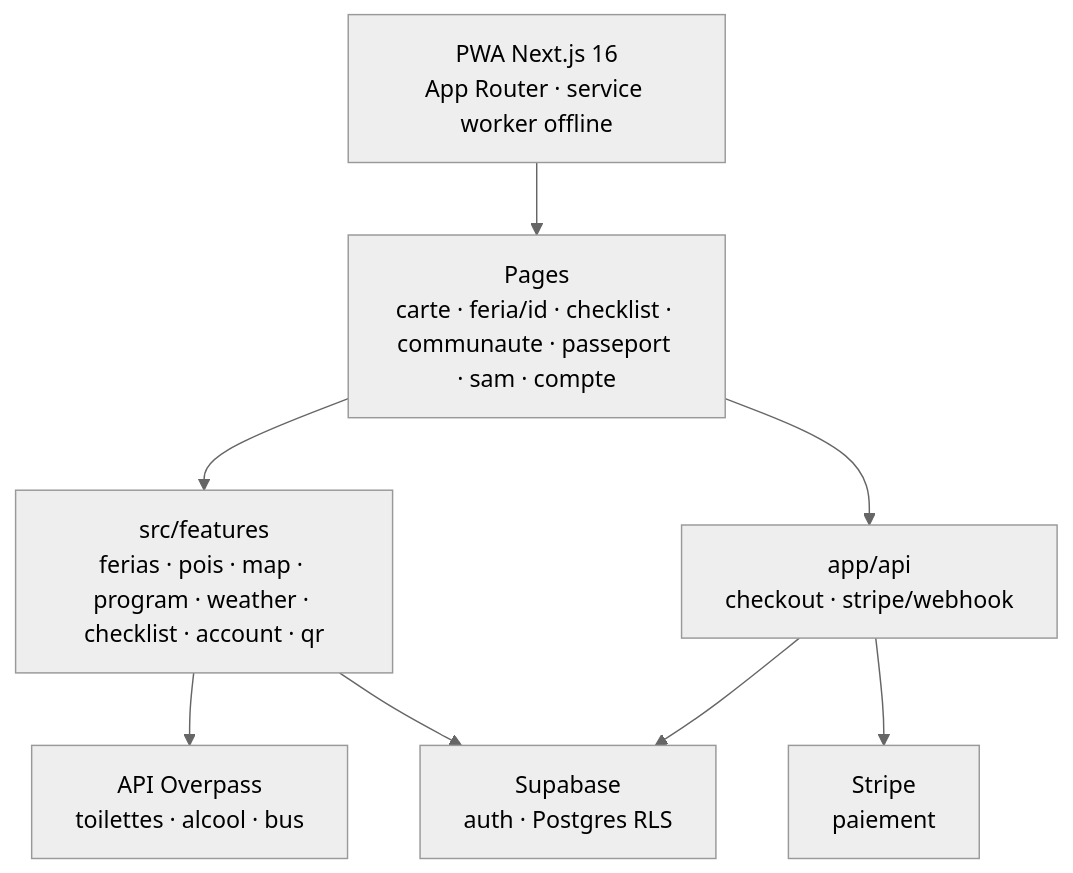
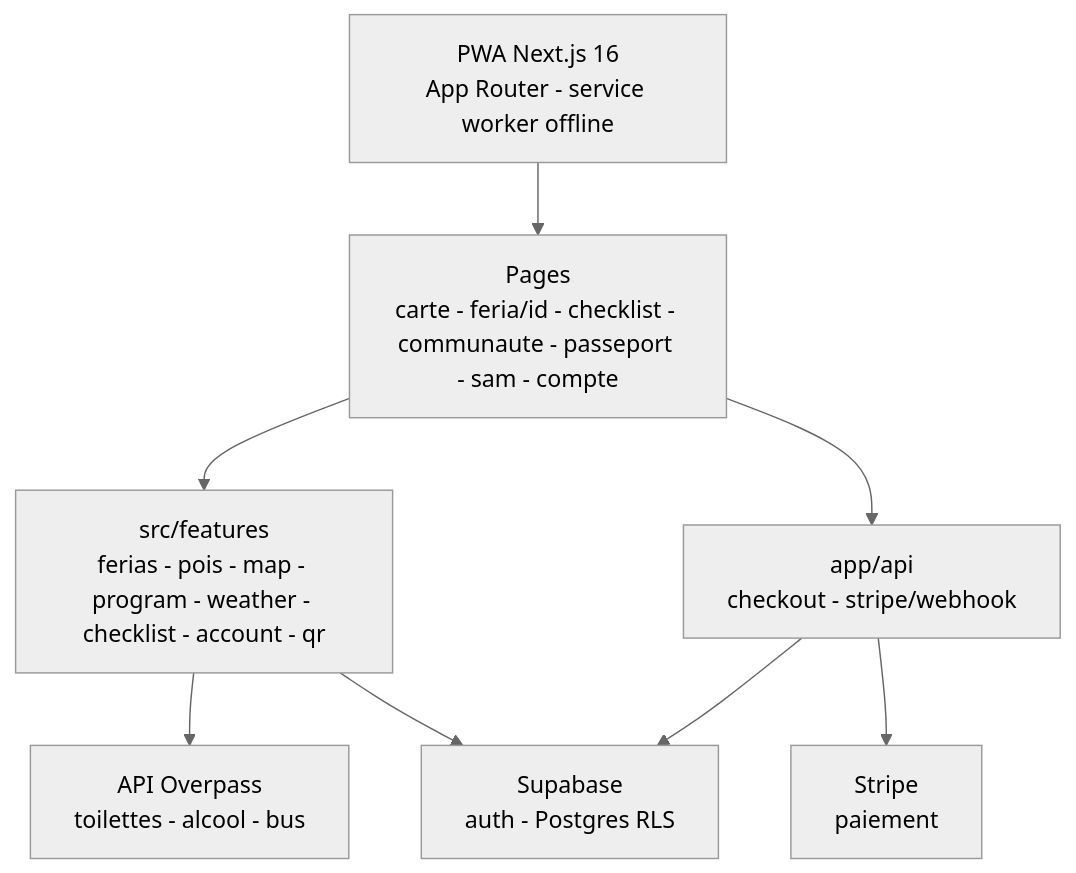
The diagram in README.md (Adam-Blf/festayre), drawn with Mermaid (neutral theme) before and after one commit.

Commit message:
docs: typography pass, no em dash or middle dot (#18)

````diff
--- a/README.md
+++ b/README.md
@@ -107,15 +107,15 @@
 ```mermaid
 flowchart TB
-    PWA["PWA Next.js 16<br/>App Router · service worker offline"]
-    PAGES["Pages<br/>carte · feria/id · checklist · communaute · passeport · sam · compte"]
-    FEAT["src/features<br/>ferias · pois · map · program · weather · checklist · account · qr"]
-    API["app/api<br/>checkout · stripe/webhook"]
-    OVER["API Overpass<br/>toilettes · alcool · bus"]
-    SUPA["Supabase<br/>auth · Postgres RLS"]
+    PWA["PWA Next.js 16<br/>App Router - service worker offline"]
+    PAGES["Pages<br/>carte - feria/id - checklist - communaute - passeport - sam - compte"]
+    FEAT["src/features<br/>ferias - pois - map - program - weather - checklist - account - qr"]
+    API["app/api<br/>checkout - stripe/webhook"]
+    OVER["API Overpass<br/>toilettes - alcool - bus"]
+    SUPA["Supabase<br/>auth - Postgres RLS"]
     STRIPE["Stripe<br/>paiement"]
     PWA --> PAGES --> FEAT
     FEAT --> OVER
     FEAT --> SUPA
     PAGES --> API --> STRIPE
     API --> SUPA
 ```
````
